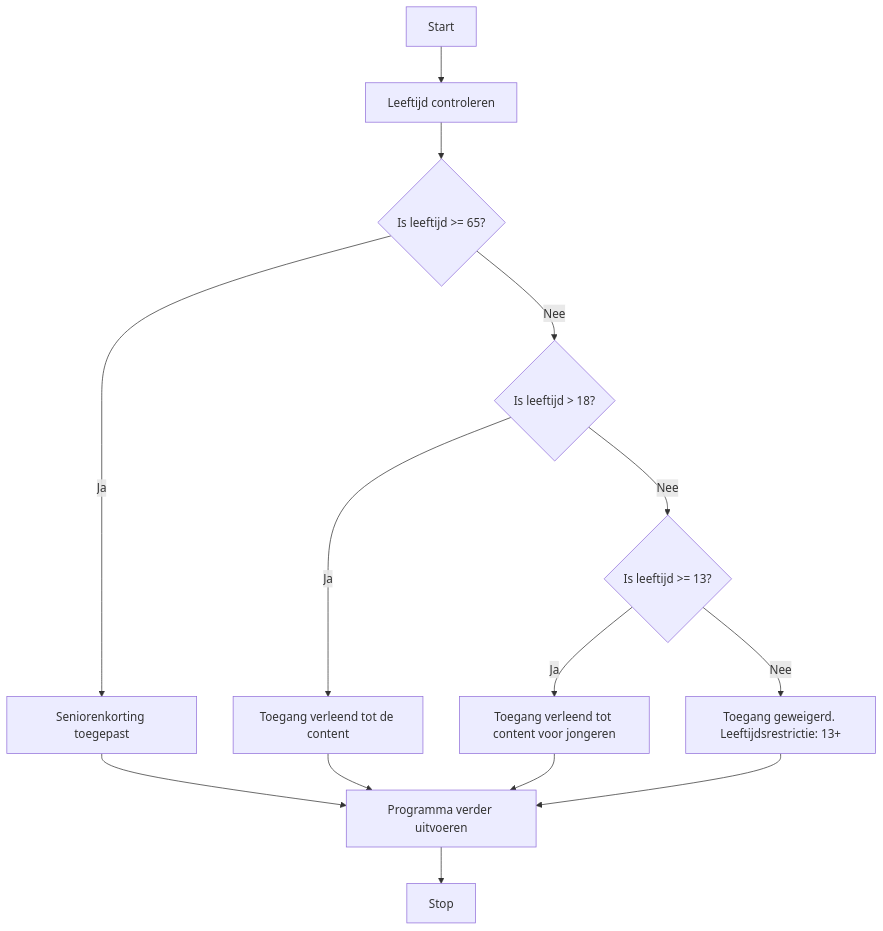
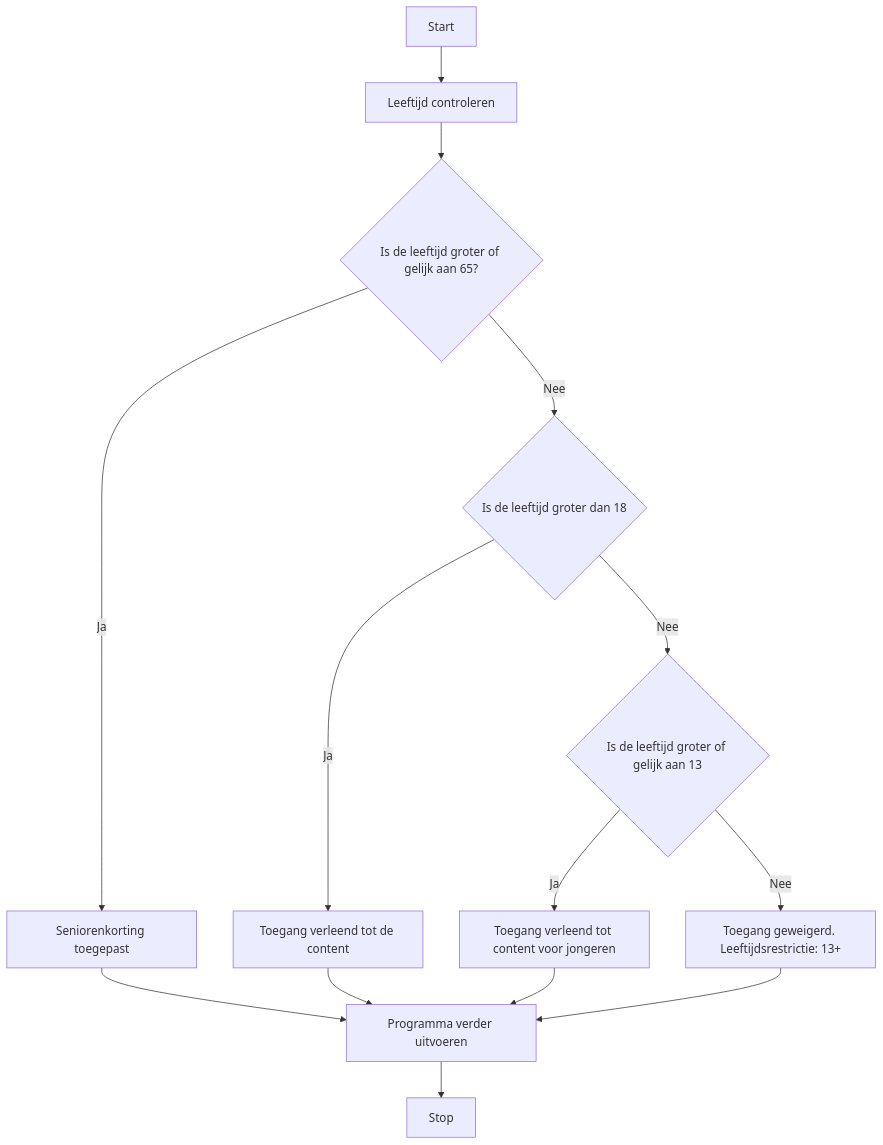
One commit to Windesheim-HBO-ICT/Leerlijn-Content-SE changed the diagram in content/2. Ondersteunende-informatie/3. Processen/4. Implementatieproces/2. Bouwen softwaresysteem/If-else/2. If-Else-If.md. Above: the diagram before and after it, drawn with Mermaid.

Commit message:
Update 2. If-Else-If.md

````diff
--- a/content/2. Ondersteunende-informatie/3. Processen/4. Implementatieproces/2. Bouwen softwaresysteem/If-else/2. If-Else-If.md
+++ b/content/2. Ondersteunende-informatie/3. Processen/4. Implementatieproces/2. Bouwen softwaresysteem/If-else/2. If-Else-If.md
@@ -61,17 +61,17 @@
 ```mermaid
 flowchart TD
     A[Start] --> B[Leeftijd controleren]
-    B --> C{Is leeftijd >= 65?}
+    B --> C{Is de leeftijd groter of gelijk aan 65?}
     C -- Ja --> D[Seniorenkorting toegepast]
-    C -- Nee --> E{Is leeftijd > 18?}
+    C -- Nee --> E{Is de leeftijd groter dan 18}
     E -- Ja --> F[Toegang verleend tot de content]
-    E -- Nee --> G{Is leeftijd >= 13?}
+    E -- Nee --> G{Is de leeftijd groter of gelijk aan 13}
     G -- Ja --> H[Toegang verleend tot content voor jongeren]
     G -- Nee --> I[Toegang geweigerd. Leeftijdsrestrictie: 13+]
     D --> J[Programma verder uitvoeren]
     F --> J
     H --> J
     I --> J
     J --> K[Stop]
 
 ```
````
